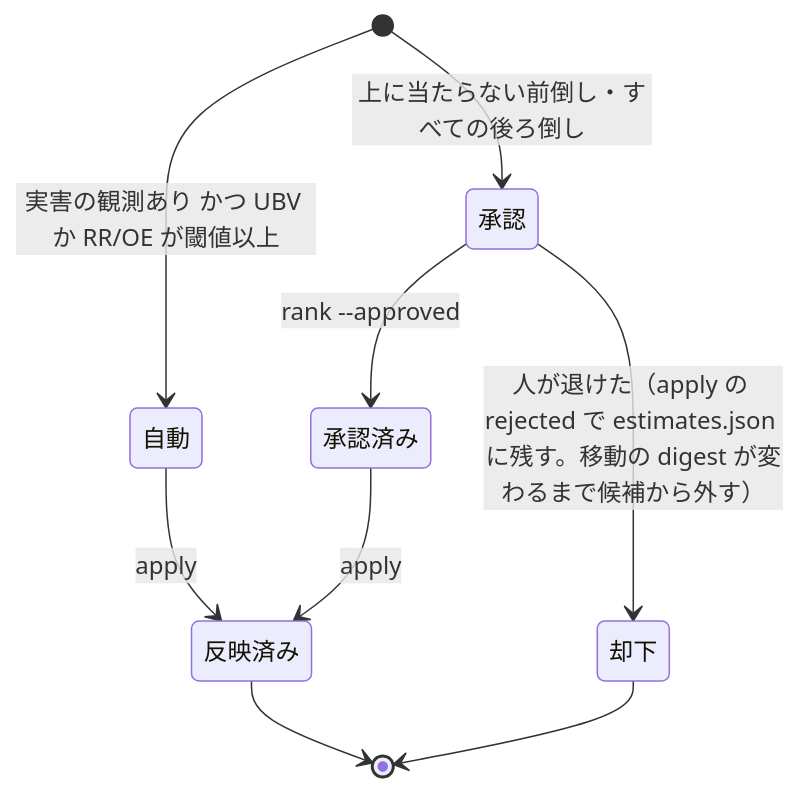
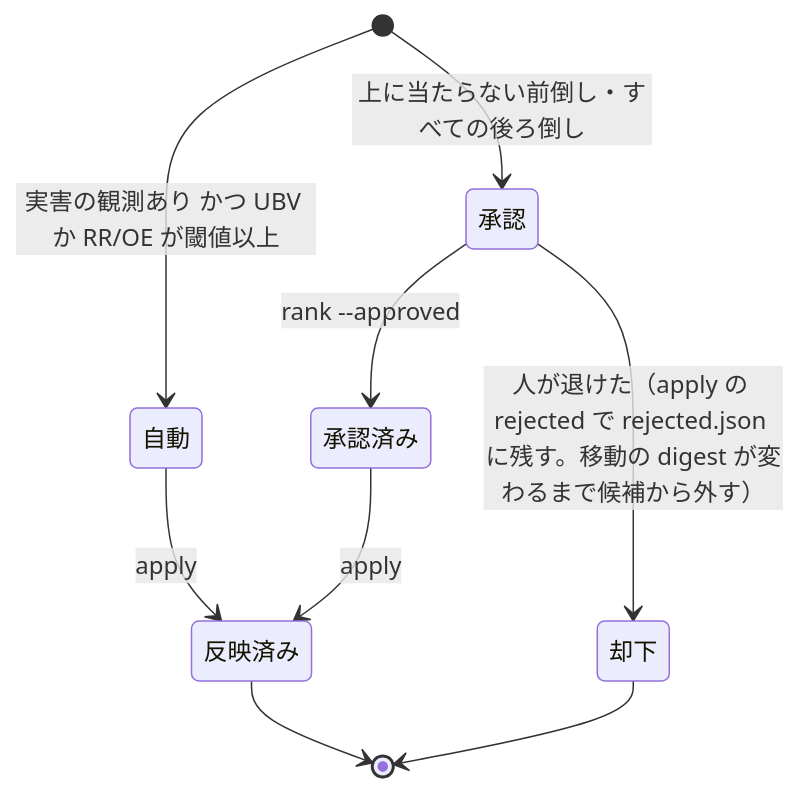
One commit to devbasex/ai-plugins changed the fifth of 5 diagrams in issues/issue-1429-design.md. Above: the diagram before and after it, drawn with Mermaid. The commit also changed other lines of this file and 4 other files, not shown here.

````diff
--- a/issues/issue-1429-design.md
+++ b/issues/issue-1429-design.md
@@ -502,11 +506,11 @@
 ```mermaid
 stateDiagram-v2
     [*] --> 自動: 実害の観測あり かつ UBV か RR/OE が閾値以上
     [*] --> 承認: 上に当たらない前倒し・すべての後ろ倒し
     承認 --> 承認済み: rank --approved
-    承認 --> 却下: 人が退けた（apply の rejected で estimates.json に残す。移動の digest が変わるまで候補から外す）
+    承認 --> 却下: 人が退けた（apply の rejected で rejected.json に残す。移動の digest が変わるまで候補から外す）
     自動 --> 反映済み: apply
     承認済み --> 反映済み: apply
     反映済み --> [*]
     却下 --> [*]
 ```
````
